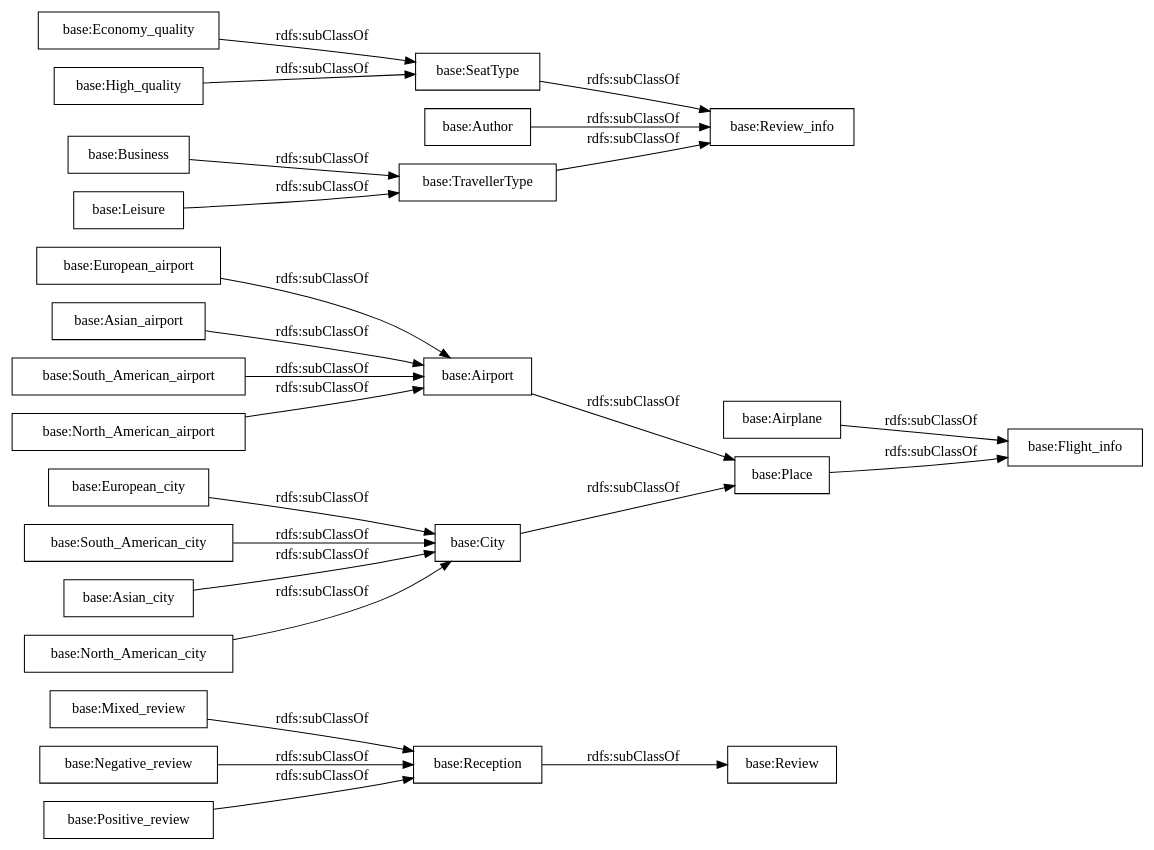
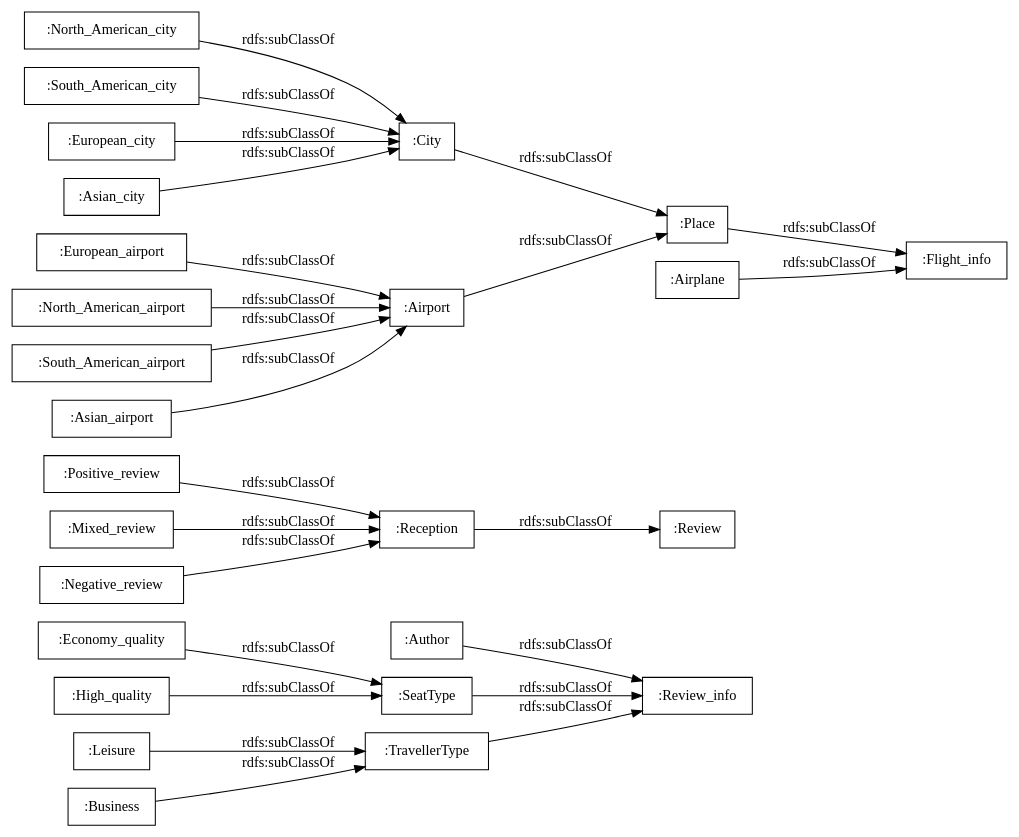
One commit to MigueldSPallares/FlightReviews changed the diagram in OnToology/ontology.ttl/diagrams/ar2dtool-taxonomy/ontology.ttl.png.dot. Above: the diagram before and after it, drawn with Graphviz. The commit also changed 6 other files, not shown here.

```diff
--- a/OnToology/ontology.ttl/diagrams/ar2dtool-taxonomy/ontology.ttl.png.dot
+++ b/OnToology/ontology.ttl/diagrams/ar2dtool-taxonomy/ontology.ttl.png.dot
@@ -1,29 +1,29 @@
 digraph ar2dtool_diagram { 
 rankdir=LR;
 size="1000"
-node [shape = rectangle, color="black"]; "base:Mixed_review" "base:Airplane" "base:European_airport" "base:Flight_info" "base:Business" "base:Economy_quality" "base:Asian_airport" "base:Review" "base:South_American_airport" "base:Negative_review" "base:Airport" "base:European_city" "base:Author" "base:High_quality" "base:South_American_city" "base:Positive_review" "base:Asian_city" "base:City" "base:SeatType" "base:North_American_city" "base:Place" "base:Leisure" "base:North_American_airport" "base:Reception" "base:TravellerType" "base:Review_info" ; /*classes style*/
-	"base:Business" -> "base:TravellerType" [ label = "rdfs:subClassOf" ];
-	"base:European_airport" -> "base:Airport" [ label = "rdfs:subClassOf" ];
-	"base:Leisure" -> "base:TravellerType" [ label = "rdfs:subClassOf" ];
-	"base:Author" -> "base:Review_info" [ label = "rdfs:subClassOf" ];
-	"base:European_city" -> "base:City" [ label = "rdfs:subClassOf" ];
-	"base:North_American_city" -> "base:City" [ label = "rdfs:subClassOf" ];
-	"base:Airport" -> "base:Place" [ label = "rdfs:subClassOf" ];
-	"base:Positive_review" -> "base:Reception" [ label = "rdfs:subClassOf" ];
-	"base:South_American_city" -> "base:City" [ label = "rdfs:subClassOf" ];
-	"base:High_quality" -> "base:SeatType" [ label = "rdfs:subClassOf" ];
-	"base:City" -> "base:Place" [ label = "rdfs:subClassOf" ];
-	"base:Reception" -> "base:Review" [ label = "rdfs:subClassOf" ];
-	"base:Asian_airport" -> "base:Airport" [ label = "rdfs:subClassOf" ];
-	"base:Economy_quality" -> "base:SeatType" [ label = "rdfs:subClassOf" ];
-	"base:Mixed_review" -> "base:Reception" [ label = "rdfs:subClassOf" ];
-	"base:Negative_review" -> "base:Reception" [ label = "rdfs:subClassOf" ];
-	"base:Airplane" -> "base:Flight_info" [ label = "rdfs:subClassOf" ];
-	"base:SeatType" -> "base:Review_info" [ label = "rdfs:subClassOf" ];
-	"base:Place" -> "base:Flight_info" [ label = "rdfs:subClassOf" ];
-	"base:South_American_airport" -> "base:Airport" [ label = "rdfs:subClassOf" ];
-	"base:Asian_city" -> "base:City" [ label = "rdfs:subClassOf" ];
-	"base:North_American_airport" -> "base:Airport" [ label = "rdfs:subClassOf" ];
-	"base:TravellerType" -> "base:Review_info" [ label = "rdfs:subClassOf" ];
+node [shape = rectangle, color="black"]; ":TravellerType" ":Reception" ":Positive_review" ":European_airport" ":Review" ":Mixed_review" ":Author" ":Airplane" ":Negative_review" ":SeatType" ":Review_info" ":South_American_airport" ":Airport" ":North_American_city" ":Leisure" ":Economy_quality" ":Asian_airport" ":City" ":North_American_airport" ":High_quality" ":South_American_city" ":European_city" ":Place" ":Business" ":Flight_info" ":Asian_city" ; /*classes style*/
+	":North_American_airport" -> ":Airport" [ label = "rdfs:subClassOf" ];
+	":Asian_city" -> ":City" [ label = "rdfs:subClassOf" ];
+	":European_airport" -> ":Airport" [ label = "rdfs:subClassOf" ];
+	":TravellerType" -> ":Review_info" [ label = "rdfs:subClassOf" ];
+	":European_city" -> ":City" [ label = "rdfs:subClassOf" ];
+	":Economy_quality" -> ":SeatType" [ label = "rdfs:subClassOf" ];
+	":Leisure" -> ":TravellerType" [ label = "rdfs:subClassOf" ];
+	":High_quality" -> ":SeatType" [ label = "rdfs:subClassOf" ];
+	":Asian_airport" -> ":Airport" [ label = "rdfs:subClassOf" ];
+	":Place" -> ":Flight_info" [ label = "rdfs:subClassOf" ];
+	":Negative_review" -> ":Reception" [ label = "rdfs:subClassOf" ];
+	":Airport" -> ":Place" [ label = "rdfs:subClassOf" ];
+	":Author" -> ":Review_info" [ label = "rdfs:subClassOf" ];
+	":South_American_airport" -> ":Airport" [ label = "rdfs:subClassOf" ];
+	":South_American_city" -> ":City" [ label = "rdfs:subClassOf" ];
+	":Airplane" -> ":Flight_info" [ label = "rdfs:subClassOf" ];
+	":SeatType" -> ":Review_info" [ label = "rdfs:subClassOf" ];
+	":Mixed_review" -> ":Reception" [ label = "rdfs:subClassOf" ];
+	":Positive_review" -> ":Reception" [ label = "rdfs:subClassOf" ];
+	":City" -> ":Place" [ label = "rdfs:subClassOf" ];
+	":Reception" -> ":Review" [ label = "rdfs:subClassOf" ];
+	":Business" -> ":TravellerType" [ label = "rdfs:subClassOf" ];
+	":North_American_city" -> ":City" [ label = "rdfs:subClassOf" ];
 
 }
```
